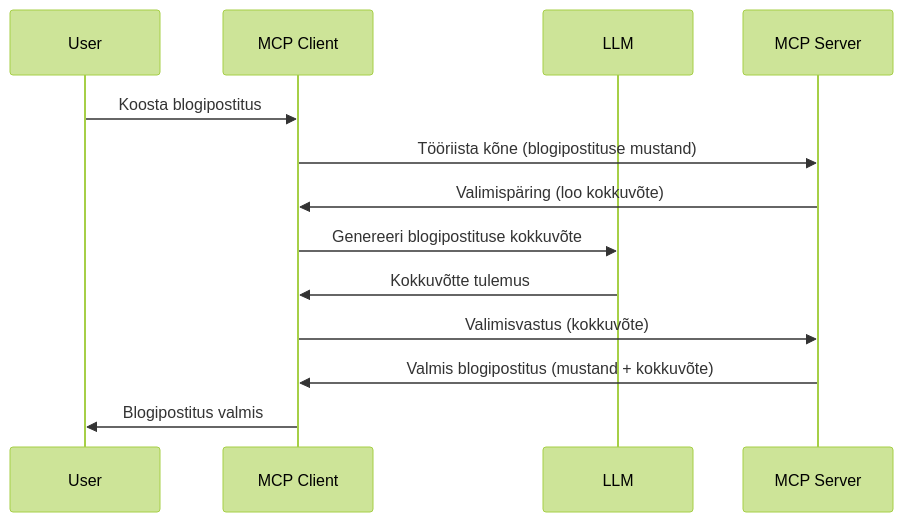
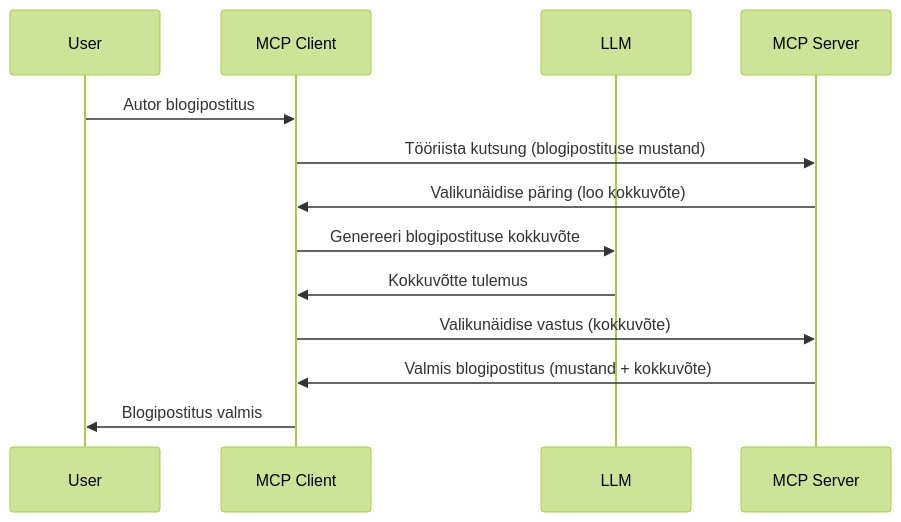
One commit to HIDORAKAI002/ai-workspace-archive changed the diagram in mcp_ecosystem__model_context_protocol/mcp_learning_resources/mcp-for-beginners/translations/et/03-GettingStarted/14-sampling/README.md. Above: the diagram before and after it, drawn with Mermaid (forest theme). The commit also changed other lines of this file and 1160 other files, not shown here.

````diff
--- a/mcp_ecosystem__model_context_protocol/mcp_learning_resources/mcp-for-beginners/translations/et/03-GettingStarted/14-sampling/README.md
+++ b/mcp_ecosystem__model_context_protocol/mcp_learning_resources/mcp-for-beginners/translations/et/03-GettingStarted/14-sampling/README.md
@@ -23,16 +23,16 @@
 ```mermaid
 sequenceDiagram
     participant User
     participant MCP Client
     participant LLM
     participant MCP Server
 
-    User->>MCP Client: Koosta blogipostitus
-    MCP Client->>MCP Server: Tööriista kõne (blogipostituse mustand)
-    MCP Server->>MCP Client: Valimispäring (loo kokkuvõte)
+    User->>MCP Client: Autor blogipostitus
+    MCP Client->>MCP Server: Tööriista kutsung (blogipostituse mustand)
+    MCP Server->>MCP Client: Valikunäidise päring (loo kokkuvõte)
     MCP Client->>LLM: Genereeri blogipostituse kokkuvõte
     LLM->>MCP Client: Kokkuvõtte tulemus
-    MCP Client->>MCP Server: Valimisvastus (kokkuvõte)
+    MCP Client->>MCP Server: Valikunäidise vastus (kokkuvõte)
     MCP Server->>MCP Client: Valmis blogipostitus (mustand + kokkuvõte)
     MCP Client->>User: Blogipostitus valmis
 ```
````
